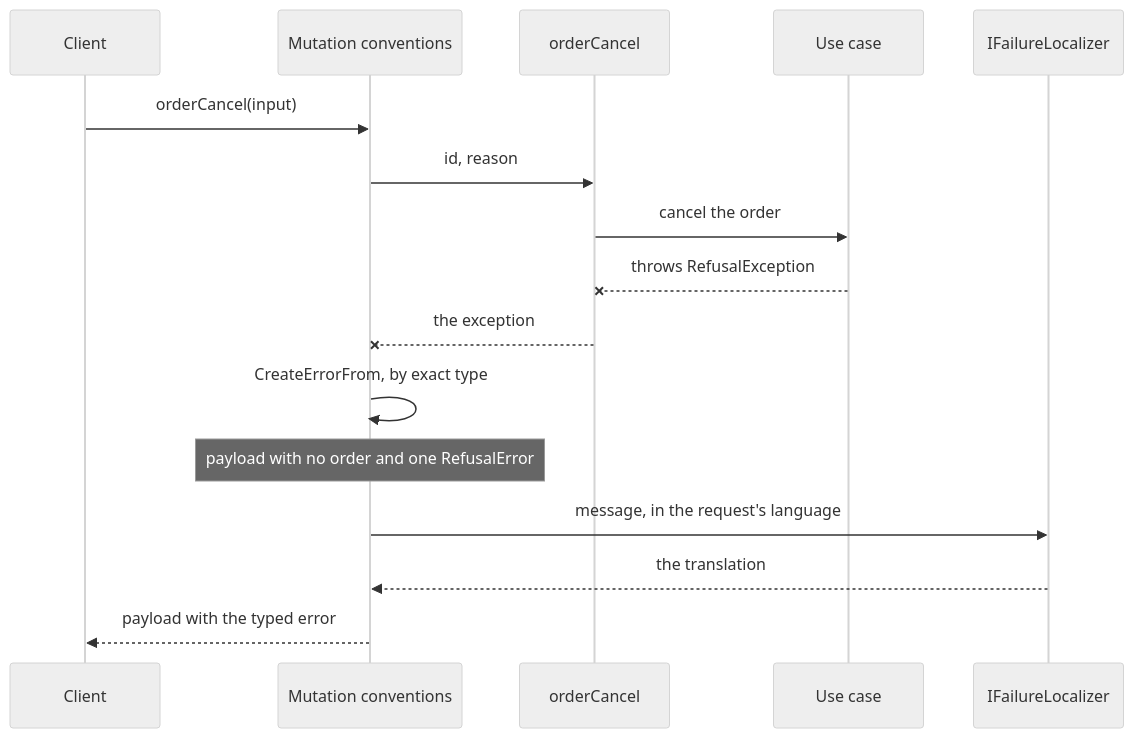
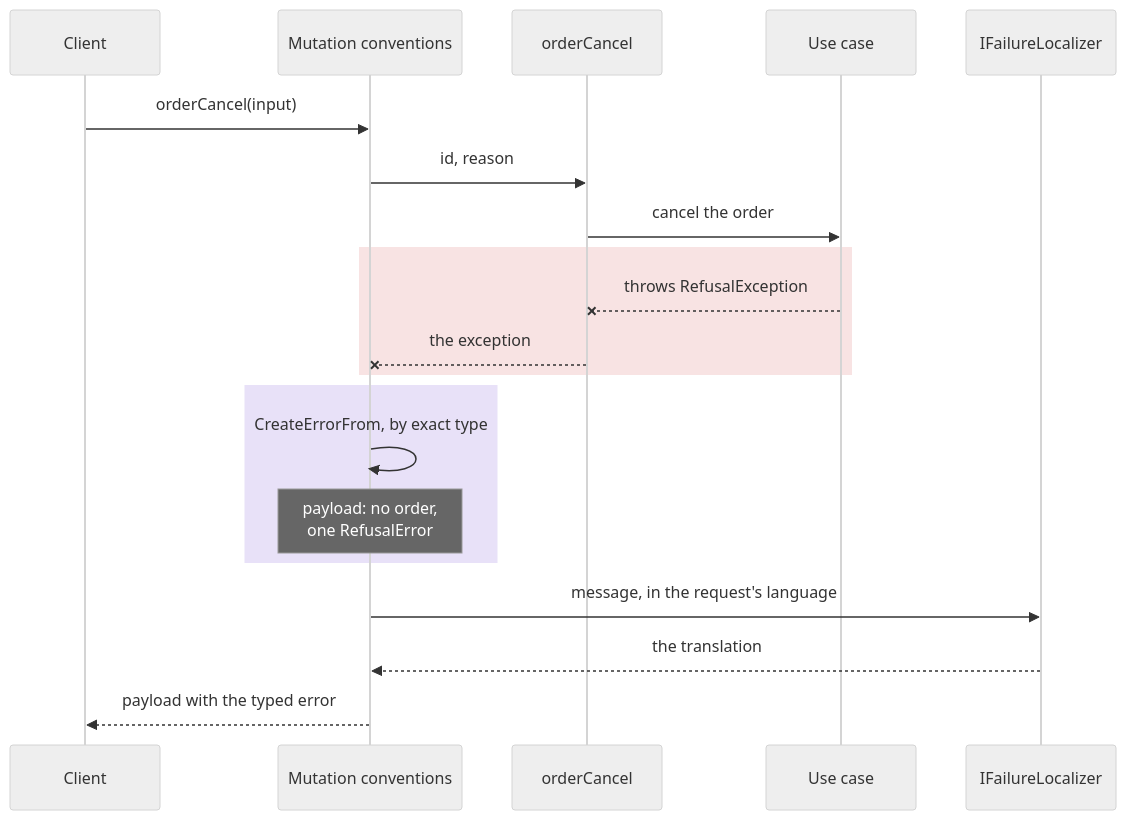
The first of 6 diagrams in docs/graphql.md (DylanSnel/DDDToolkit), drawn with Mermaid (neutral theme) before and after one commit. The commit also changed other lines of this file and 41 other files, not shown here.

First line of the commit message:
Docs: plain prose, one word per concept, and readable diagrams on every page

````diff
--- a/docs/graphql.md
+++ b/docs/graphql.md
@@ -600,19 +630,23 @@
 ```mermaid
 sequenceDiagram
     participant Client
     participant Conventions as Mutation conventions
     participant Resolver as orderCancel
     participant UseCase as Use case
     participant Localizer as IFailureLocalizer
 
     Client->>Conventions: orderCancel(input)
     Conventions->>Resolver: id, reason
     Resolver->>UseCase: cancel the order
-    UseCase--xResolver: throws RefusalException
-    Resolver--xConventions: the exception
-    Conventions->>Conventions: CreateErrorFrom, by exact type
-    Note over Conventions: payload with no order and one RefusalError
+    rect rgba(201, 60, 60, 0.14)
+        UseCase--xResolver: throws RefusalException
+        Resolver--xConventions: the exception
+    end
+    rect rgba(91, 46, 201, 0.14)
+        Conventions->>Conventions: CreateErrorFrom, by exact type
+        Note over Conventions: payload: no order,<br/>one RefusalError
+    end
     Conventions->>Localizer: message, in the request's language
     Localizer-->>Conventions: the translation
     Conventions-->>Client: payload with the typed error
 ```
````
